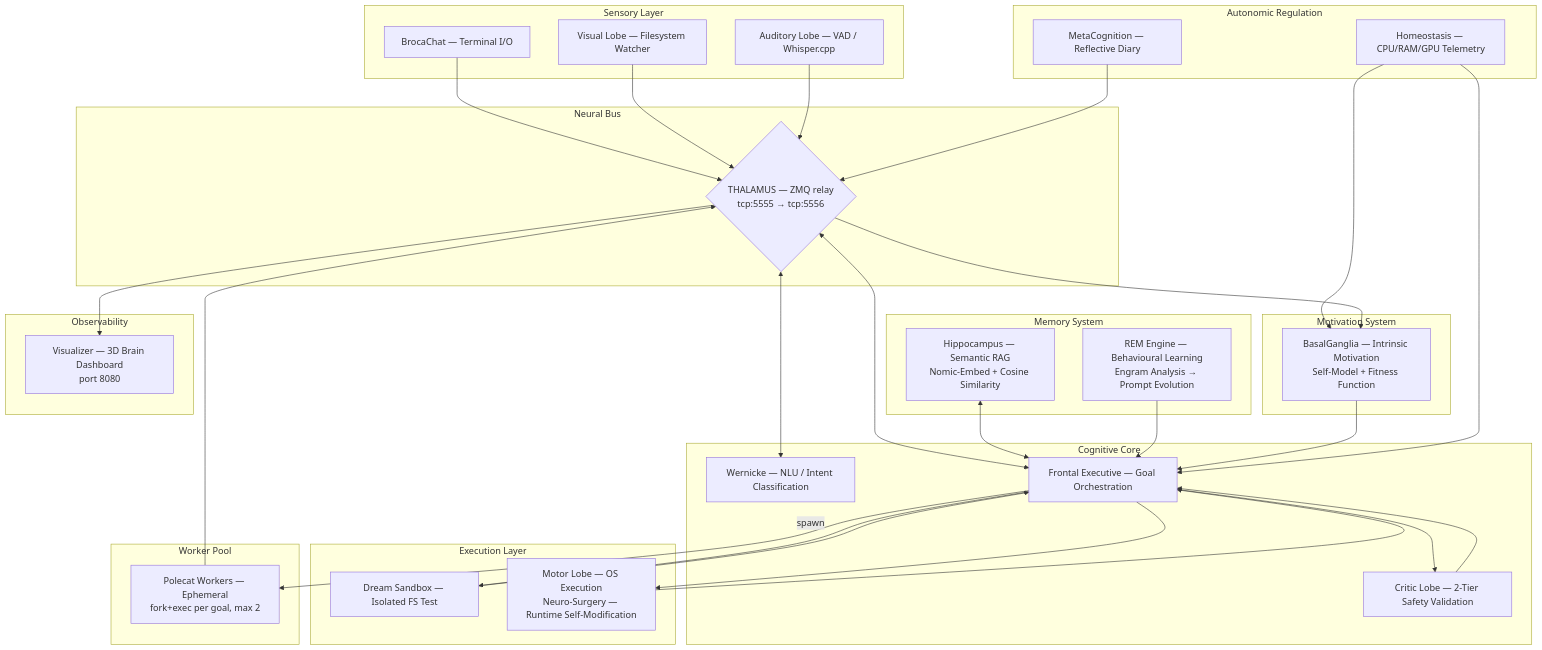
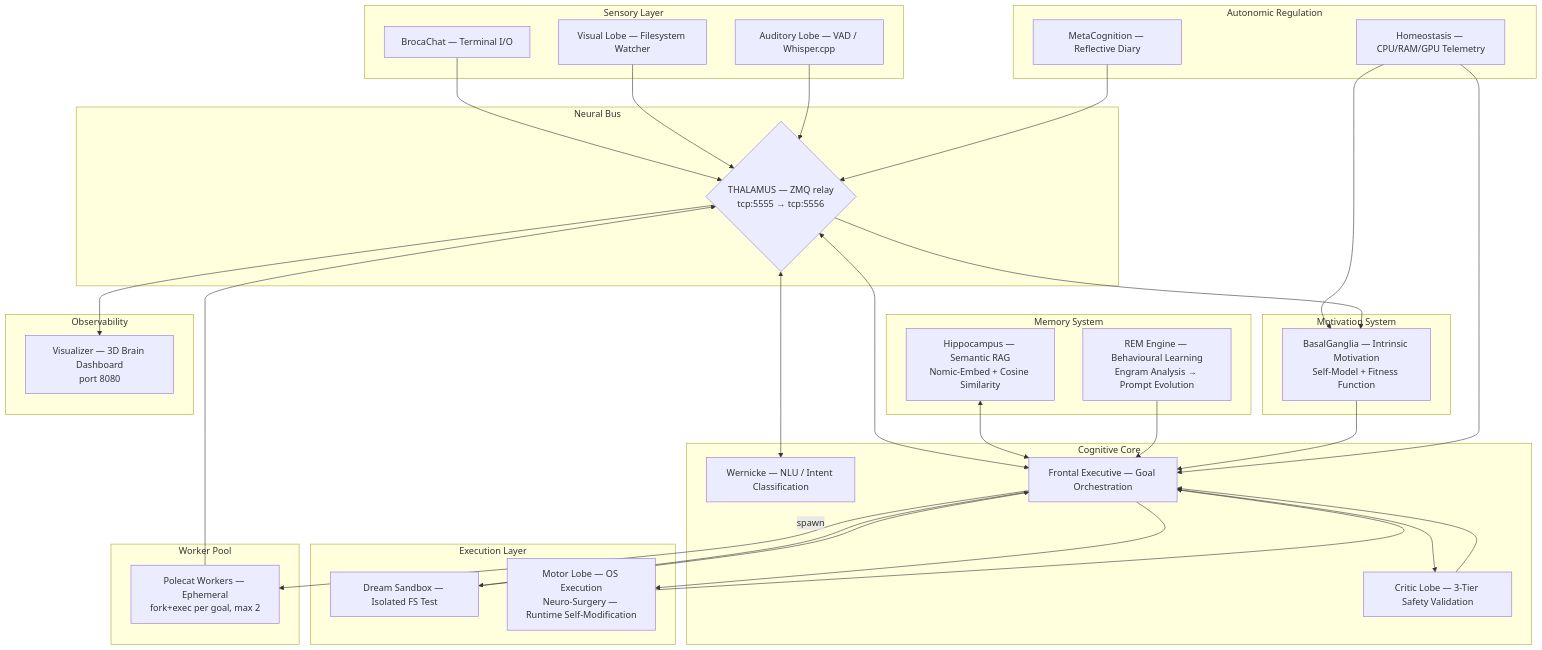
One commit to jpmlima/NeuroSwarm changed the diagram in README.md. Above: the diagram before and after it, drawn with Mermaid. The commit also changed other lines of this file and 5 other files, not shown here.

````diff
--- a/README.md
+++ b/README.md
@@ -40,64 +40,64 @@
 ```mermaid
 graph TD
     subgraph "Sensory Layer"
         UI[BrocaChat — Terminal I/O]
         VL[Visual Lobe — Filesystem Watcher]
         AL[Auditory Lobe — VAD / Whisper.cpp]
     end
 
     subgraph "Neural Bus"
         TH{THALAMUS — ZMQ relay\ntcp:5555 → tcp:5556}
     end
 
     subgraph "Cognitive Core"
         WN[Wernicke — NLU / Intent Classification]
         FE[Frontal Executive — Goal Orchestration]
-        CL[Critic Lobe — 2-Tier Safety Validation]
+        CL[Critic Lobe — 3-Tier Safety Validation]
     end
 
     subgraph "Memory System"
         HP[Hippocampus — Semantic RAG\nNomic-Embed + Cosine Similarity]
         REM[REM Engine — Behavioural Learning\nEngram Analysis → Prompt Evolution]
     end
 
     subgraph "Execution Layer"
         DS[Dream Sandbox — Isolated FS Test]
         MT[Motor Lobe — OS Execution\nNeuro-Surgery — Runtime Self-Modification]
     end
 
     subgraph "Worker Pool"
         PW[Polecat Workers — Ephemeral\nfork+exec per goal, max 2]
     end
 
     subgraph "Motivation System"
         BG[BasalGanglia — Intrinsic Motivation\nSelf-Model + Fitness Function]
     end
 
     subgraph "Autonomic Regulation"
         HM[Homeostasis — CPU/RAM/GPU Telemetry]
         MC[MetaCognition — Reflective Diary]
     end
 
     subgraph "Observability"
         VZ[Visualizer — 3D Brain Dashboard\nport 8080]
     end
 
     UI --> TH
     VL --> TH
     AL --> TH
     TH <--> WN
     TH <--> FE
     FE --> CL --> FE
     FE --> DS --> FE
     FE --> MT --> FE
     HP <--> FE
     REM --> FE
     BG --> FE
     FE -->|spawn| PW
     PW --> TH
     HM --> BG
     HM --> FE
     MC --> TH
     TH --> VZ
     TH --> BG
 ```
````
